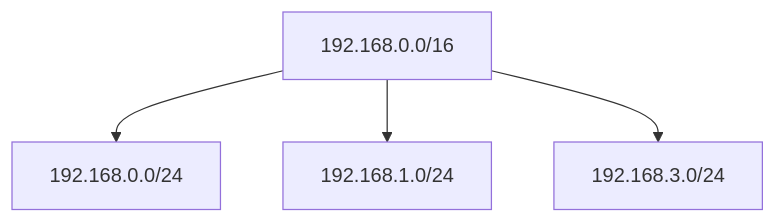
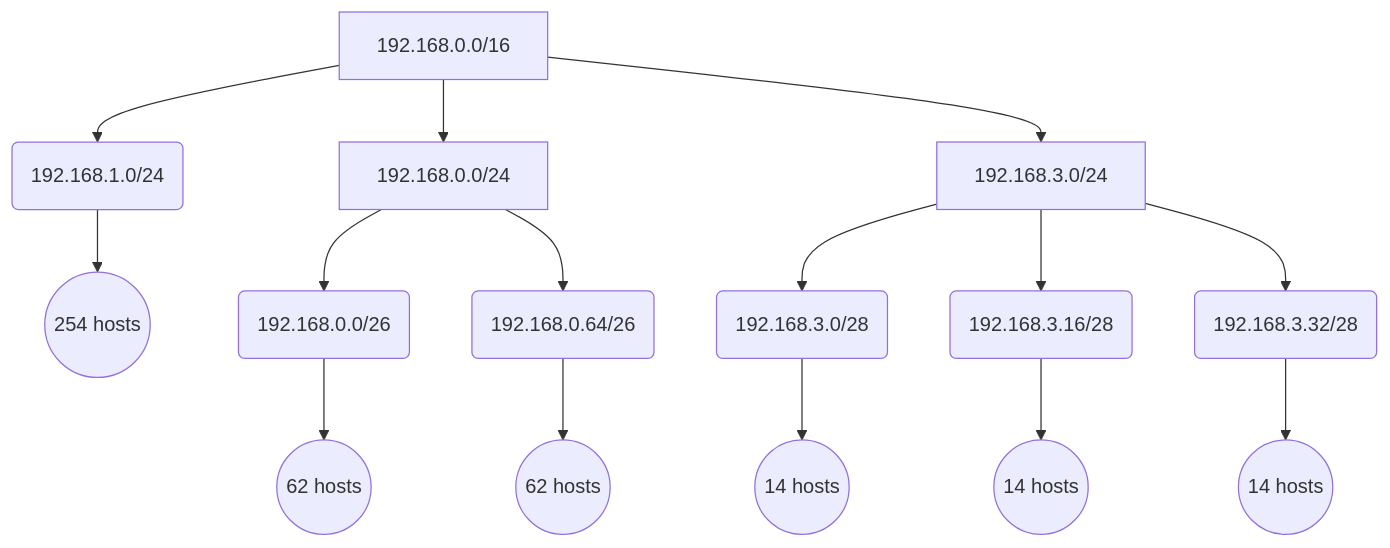
Before and after one commit to vbauchart/articles: the diagram in système/réseau pour les nuls.md, drawn with Mermaid. The commit also changed other lines of this file, not shown here.

Commit message:
topology diagram

````diff
--- a/système/réseau pour les nuls.md
+++ b/système/réseau pour les nuls.md
@@ -336,6 +336,19 @@
 ```mermaid
 flowchart TD
   192.168.0.0/16 --> 192.168.0.0/24
-  192.168.0.0/16 --> 192.168.1.0/24
+  192.168.0.0/16 --> D(192.168.1.0/24)
+  D --> DD((254 hosts))
   192.168.0.0/16 --> 192.168.3.0/24
+
+  192.168.0.0/24 --> A(192.168.0.0/26)
+  A --> AA((62 hosts))
+  192.168.0.0/24 --> B(192.168.0.64/26)
+  B --> BB((62 hosts))
+
+  192.168.3.0/24 --> E(192.168.3.0/28)
+  E --> EE((14 hosts))
+  192.168.3.0/24 --> F(192.168.3.16/28)
+  F --> FF((14 hosts))
+  192.168.3.0/24 --> G(192.168.3.32/28)
+  G --> GG((14 hosts))
 ```
````
